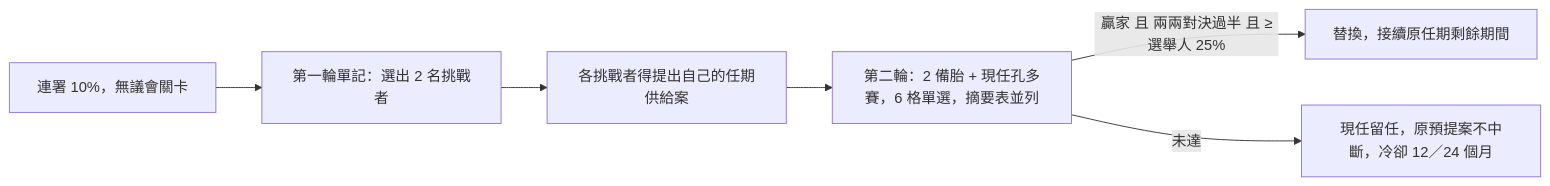
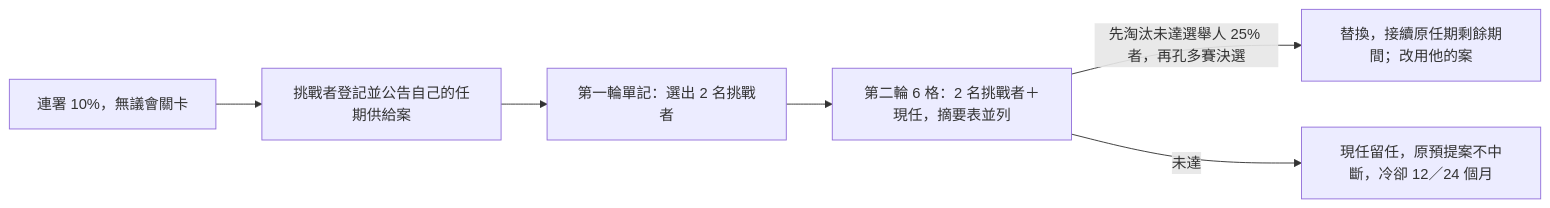
One commit to IRonROOT578/Political-Economy-Research-Public changed the ninth of 13 diagrams in topics/regime-designs/designs/俄羅斯/一院總統制/憲政架構圖.md. Above: the diagram before and after it, drawn with Mermaid. The commit also changed other lines of this file and 241 other files, not shown here.

````diff
--- a/topics/regime-designs/designs/俄羅斯/一院總統制/憲政架構圖.md
+++ b/topics/regime-designs/designs/俄羅斯/一院總統制/憲政架構圖.md
@@ -119,8 +119,8 @@
 ```mermaid
 flowchart LR
-  Sign[連署 10%，無議會關卡] --> R1[第一輪單記：選出 2 名挑戰者]
-  R1 --> Bud[各挑戰者得提出自己的任期供給案]
-  Bud --> R2[第二輪：2 備胎 + 現任孔多賽，6 格單選，摘要表並列]
-  R2 -->|贏家 且 兩兩對決過半 且 ≥選舉人 25%| Change[替換，接續原任期剩餘期間]
+  Sign[連署 10%，無議會關卡] --> Bud[挑戰者登記並公告自己的任期供給案]
+  Bud --> R1[第一輪單記：選出 2 名挑戰者]
+  R1 --> R2[第二輪 6 格：2 名挑戰者＋現任，摘要表並列]
+  R2 -->|先淘汰未達選舉人 25% 者，再孔多賽決選| Change[替換，接續原任期剩餘期間；改用他的案]
   R2 -->|未達| Stay[現任留任，原預提案不中斷，冷卻 12／24 個月]
 ```
````
